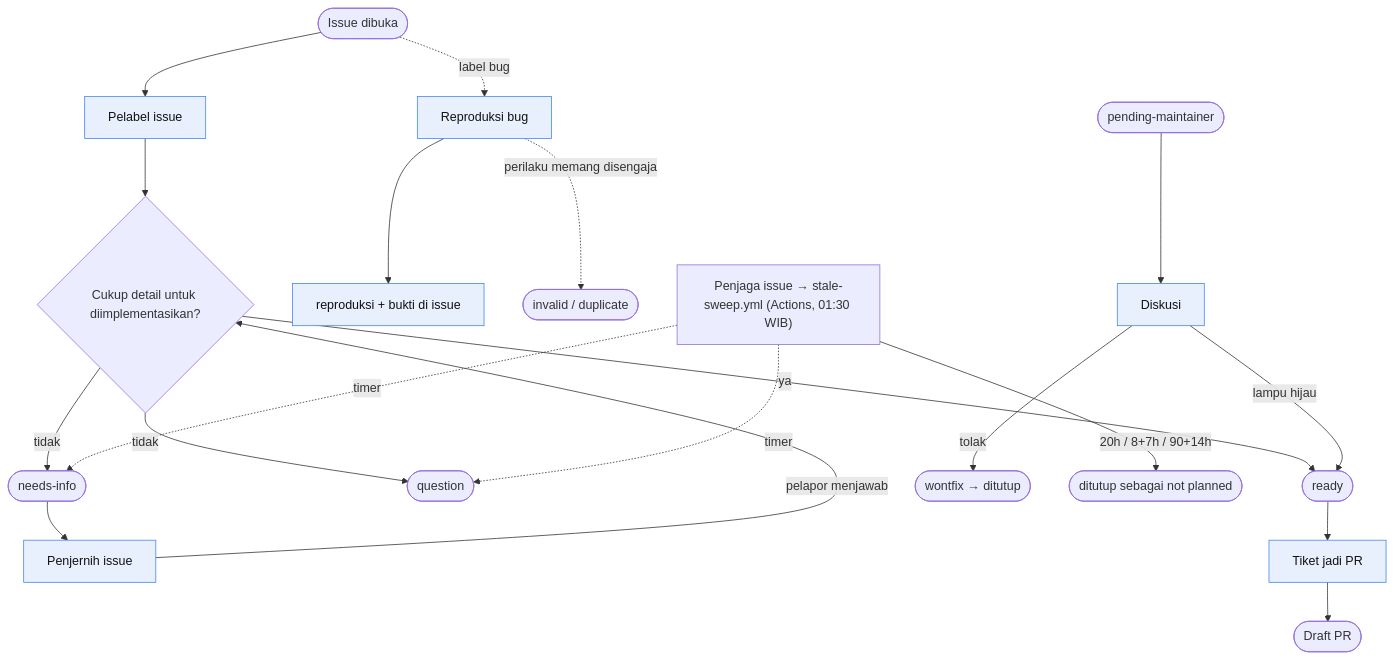
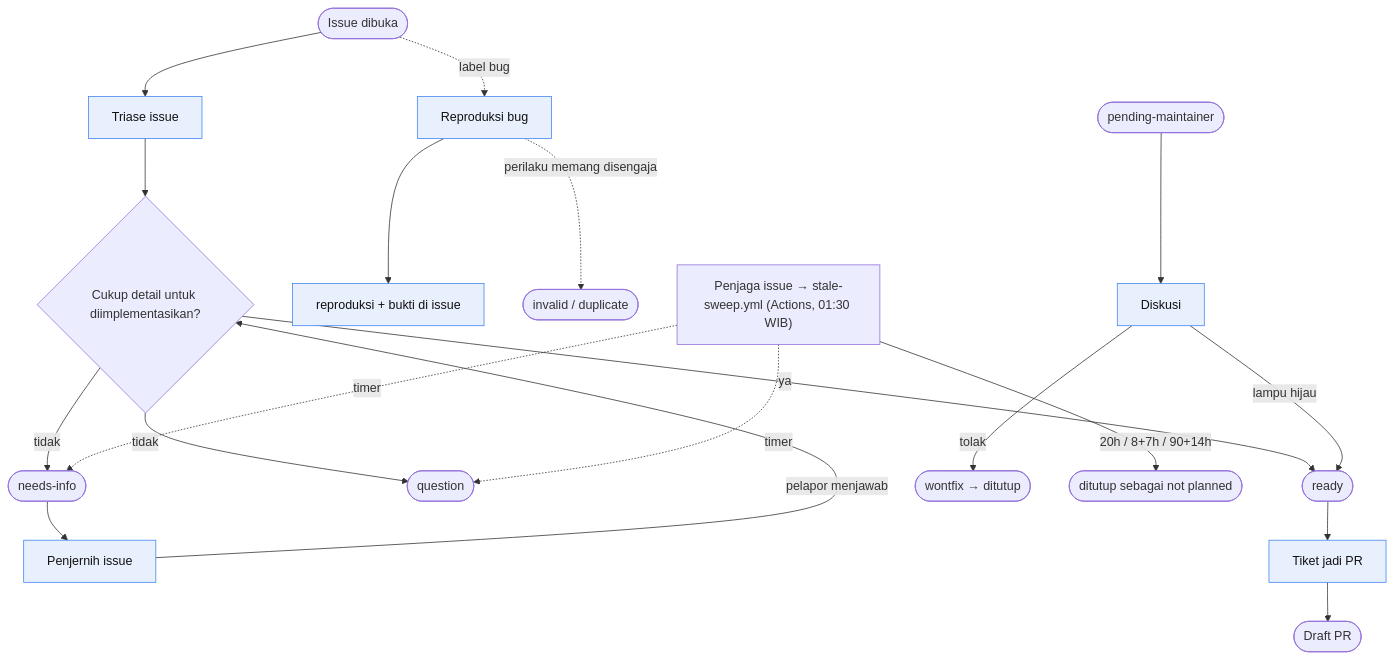
One commit to cipansor/cipansor changed the third of 6 diagrams in docs/SDLC-FLOW.md. Above: the diagram before and after it, drawn with Mermaid. The commit also changed other lines of this file and 9 other files, not shown here.

First line of the commit message:
refactor(armada): ganti peran `Pelabel issue` menjadi `Triase issue`

````diff
--- a/docs/SDLC-FLOW.md
+++ b/docs/SDLC-FLOW.md
@@ -536,29 +536,29 @@
 ```mermaid
 flowchart TD
   classDef cloud fill:#e8f0fe,stroke:#4285f4,color:#111;
   classDef human fill:#e9f7ef,stroke:#27ae60,color:#111;
 
-  I([Issue dibuka]) --> C15["Pelabel issue"]:::cloud
+  I([Issue dibuka]) --> C15["Triase issue"]:::cloud
   C15 --> D{"Cukup detail untuk diimplementasikan?"}
   D -- ya --> R(["ready"])
   D -- tidak --> Q(["question"])
   D -- tidak --> NI(["needs-info"])
 
   NI --> C16["Penjernih issue"]:::cloud
   C16 -- "pelapor menjawab" --> D
 
   I -. "label bug" .-> C5["Reproduksi bug"]:::cloud
   C5 --> BUG["reproduksi + bukti di issue"]:::cloud
   C5 -. "perilaku memang disengaja" .-> INV(["invalid / duplicate"])
 
   PM(["pending-maintainer"]) --> C22["Diskusi"]:::cloud
   C22 -- "lampu hijau" --> R
   C22 -- "tolak" --> WF(["wontfix → ditutup"])
 
   R --> C6["Tiket jadi PR"]:::cloud --> DPR([Draft PR])
 
   C21["Penjaga issue → stale-sweep.yml (Actions, 01:30 WIB)"]:::gh
   C21 -. "timer" .-> NI
   C21 -. "timer" .-> Q
   C21 -- "20h / 8+7h / 90+14h" --> CL(["ditutup sebagai not planned"])
 ```
````
